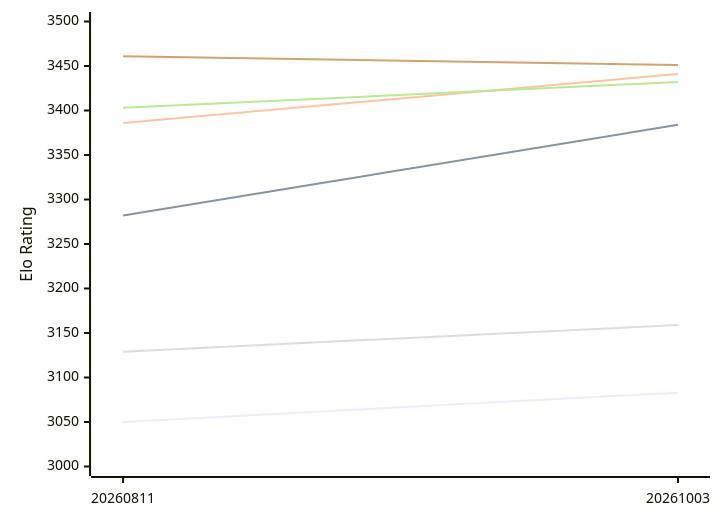
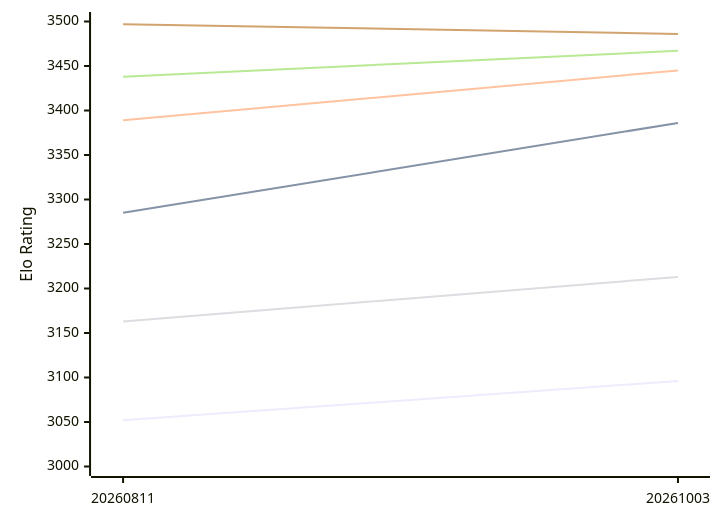
One commit to computer-chess-index/cci changed the first of 2 diagrams in engines/Askaig.md. Above: the diagram before and after it, drawn with Mermaid. The commit also changed other lines of this file, not shown here.

Commit message:
Update CCI Ratings (ELO VLTC) - 2026-11-01

````diff
--- a/engines/Askaig.md
+++ b/engines/Askaig.md
@@ -52,12 +52,12 @@
 ```mermaid
 %%{init: {"theme":"base","themeVariables":{"seriesColors:['#a3a3a3','#222221','#faa371']}}}%%
 xychart-beta
   x-axis ["20260811", "20261003"]
   y-axis "Elo Rating" 3000 --> 3500
-  line "E1: STC (8.0+0.08s)" [3050, 3083]
-  line "E1: LTC (60.0+0.60s)" [3282, 3384]
-  line "E1: VLTC (2m24s+1.12s)" [3386, 3441]
-  line "P1: STC (8.0+0.08s)" [3129, 3159]
-  line "P1: LTC (60.0+0.60s)" [3403, 3432]
-  line "P1: VLTC (2m24s+1.12s)" [3461, 3451]
+  line "E1: STC (8.0+0.08s)" [3052, 3096]
+  line "E1: LTC (60.0+0.60s)" [3285, 3386]
+  line "E1: VLTC (2m24s+1.12s)" [3389, 3445]
+  line "P1: STC (8.0+0.08s)" [3163, 3213]
+  line "P1: LTC (60.0+0.60s)" [3438, 3467]
+  line "P1: VLTC (2m24s+1.12s)" [3497, 3486]
 ```
````
